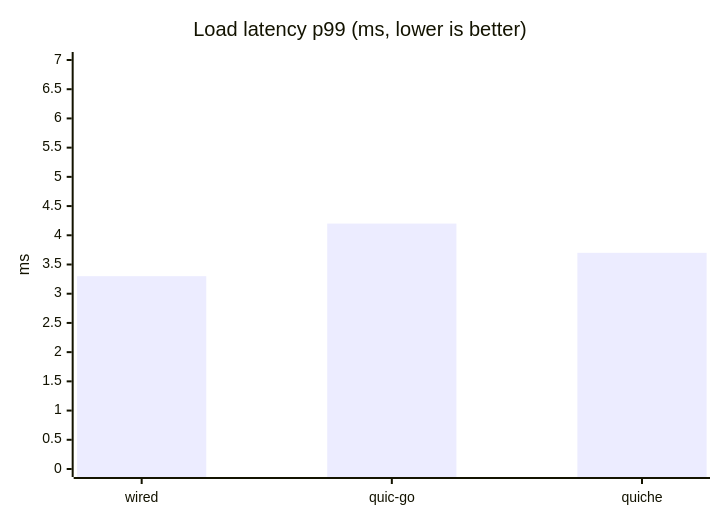
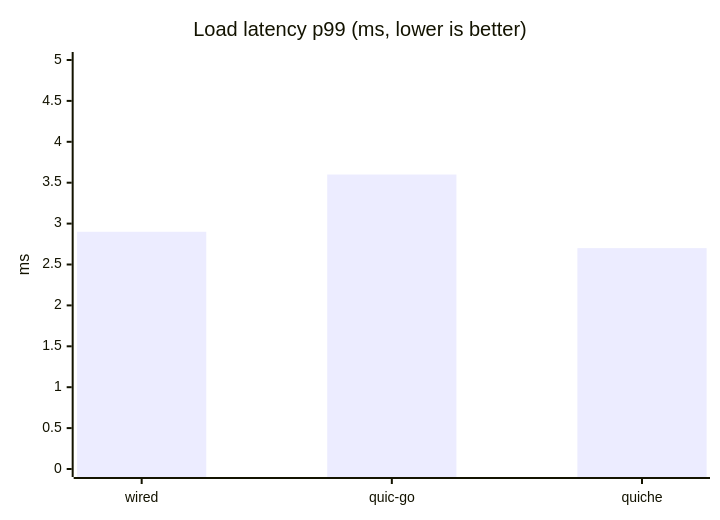
One commit to Hakkadaikon/wired changed the fourth of 4 diagrams in docs/comparison.md. Above: the diagram before and after it, drawn with Mermaid. The commit also changed other lines of this file, not shown here.

````diff
--- a/docs/comparison.md
+++ b/docs/comparison.md
@@ -179,7 +119,7 @@
 ```mermaid
 xychart-beta
     title "Load latency p99 (ms, lower is better)"
     x-axis ["wired", "quic-go", "quiche"]
-    y-axis "ms" 0 --> 7
-    bar [3.3, 4.2, 3.7]
+    y-axis "ms" 0 --> 5
+    bar [2.9, 3.6, 2.7]
 ```
````
